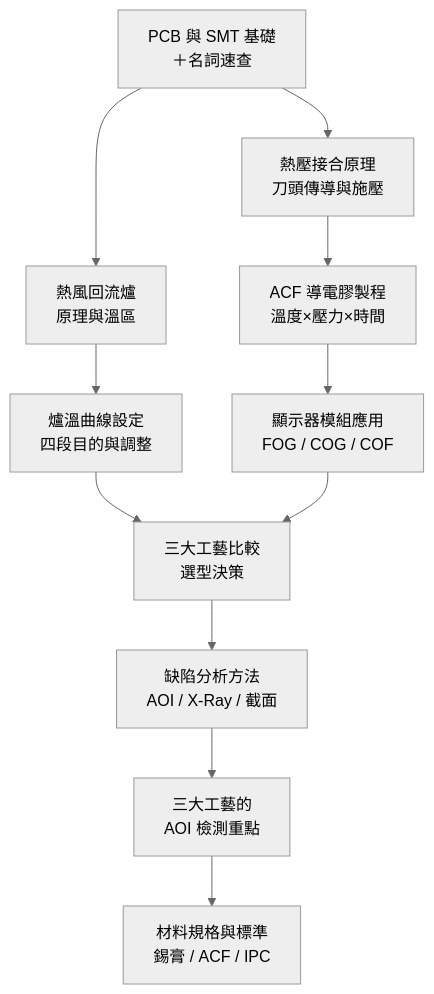
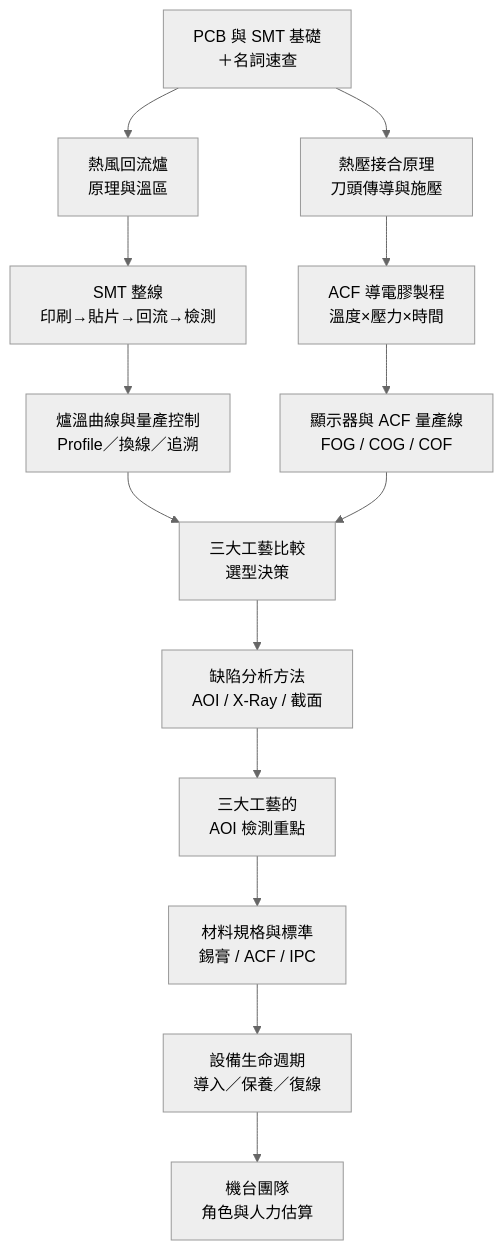
One commit to wizardhsiehcom/book changed the diagram in docs/smt-bonding/README.md. Above: the diagram before and after it, drawn with Mermaid (neutral theme). The commit also changed other lines of this file and 10 other files, not shown here.

````diff
--- a/docs/smt-bonding/README.md
+++ b/docs/smt-bonding/README.md
@@ -17,13 +17,16 @@
 ```mermaid
 flowchart TD
     A["PCB 與 SMT 基礎<br/>＋名詞速查"] --> B["熱風回流爐<br/>原理與溫區"]
-    B --> C["爐溫曲線設定<br/>四段目的與調整"]
+    B --> B2["SMT 整線<br/>印刷→貼片→回流→檢測"]
+    B2 --> C["爐溫曲線與量產控制<br/>Profile／換線／追溯"]
     A --> D["熱壓接合原理<br/>刀頭傳導與施壓"]
     D --> E["ACF 導電膠製程<br/>溫度×壓力×時間"]
-    E --> F["顯示器模組應用<br/>FOG / COG / COF"]
+    E --> F["顯示器與 ACF 量產線<br/>FOG / COG / COF"]
     C --> G["三大工藝比較<br/>選型決策"]
     F --> G
     G --> H["缺陷分析方法<br/>AOI / X-Ray / 截面"]
     H --> J["三大工藝的<br/>AOI 檢測重點"]
     J --> I["材料規格與標準<br/>錫膏 / ACF / IPC"]
+    I --> K["設備生命週期<br/>導入／保養／復線"]
+    K --> L["機台團隊<br/>角色與人力估算"]
 ```
````
